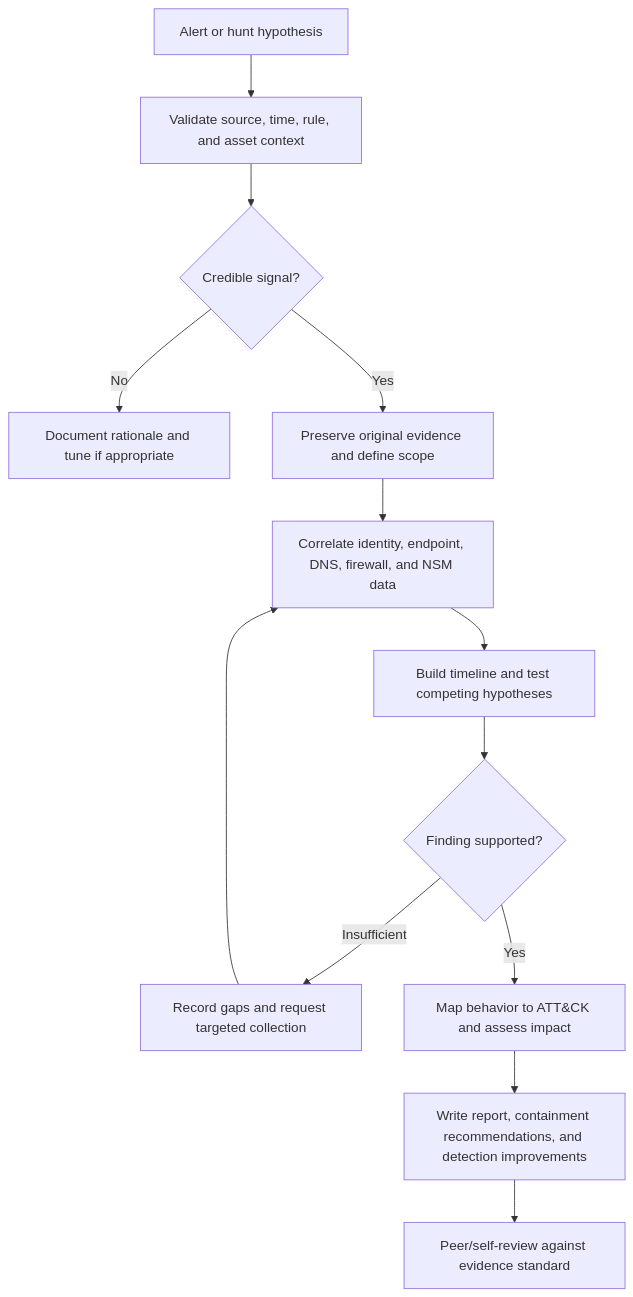
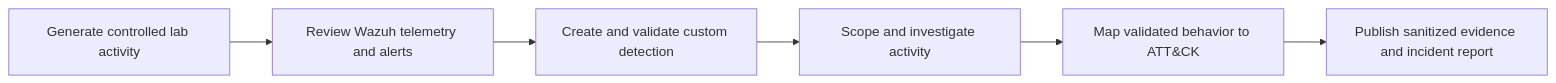
One commit to N1CYS/Norah-Cyber-Defense-Lab changed the third of 3 diagrams in docs/ARCHITECTURE.md. Above: the diagram before and after it, drawn with Mermaid. The commit also changed other lines of this file and 11 other files, not shown here.

````diff
--- a/docs/ARCHITECTURE.md
+++ b/docs/ARCHITECTURE.md
@@ -114,15 +67,8 @@
 ```mermaid
-flowchart TD
-    A["Alert or hunt hypothesis"] --> B["Validate source, time, rule, and asset context"]
-    B --> C{"Credible signal?"}
-    C -->|No| D["Document rationale and tune if appropriate"]
-    C -->|Yes| E["Preserve original evidence and define scope"]
-    E --> F["Correlate identity, endpoint, DNS, firewall, and NSM data"]
-    F --> G["Build timeline and test competing hypotheses"]
-    G --> H{"Finding supported?"}
-    H -->|Insufficient| I["Record gaps and request targeted collection"]
-    I --> F
-    H -->|Yes| J["Map behavior to ATT&CK and assess impact"]
-    J --> K["Write report, containment recommendations, and detection improvements"]
-    K --> L["Peer/self-review against evidence standard"]
+flowchart LR
+    A["Generate controlled lab activity"] --> B["Review Wazuh telemetry and alerts"]
+    B --> C["Create and validate custom detection"]
+    C --> D["Scope and investigate activity"]
+    D --> E["Map validated behavior to ATT&CK"]
+    E --> F["Publish sanitized evidence and incident report"]
 ```
````
